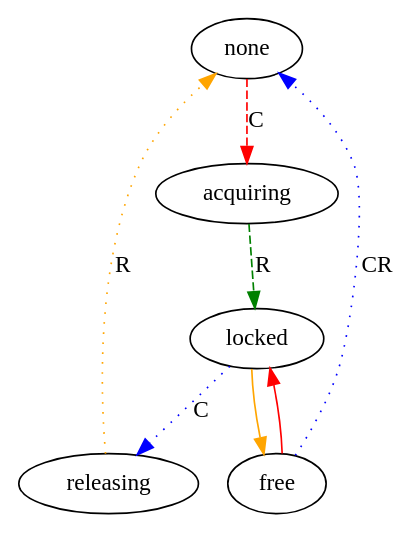
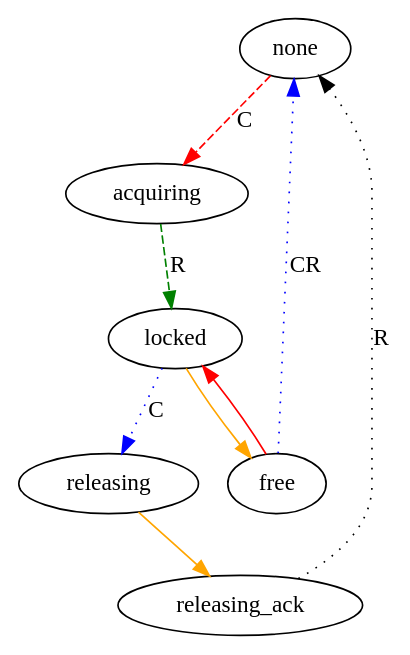
Before and after one commit to nforrester/6.824_labs: the diagram in lock_protocol_diagram.dot, drawn with Graphviz. The commit also changed 10 other files, not shown here.

```diff
--- a/lock_protocol_diagram.dot
+++ b/lock_protocol_diagram.dot
@@ -1,9 +1,10 @@
 digraph Client {
 	none -> acquiring [color=red, style=dashed, label="C"];
 	acquiring -> locked [color=green, style=dashed, label="R"];
 	locked -> releasing [color=blue, style=dotted, label="C"];
-	releasing -> none [color=orange, style=dotted, label="R"];
+	releasing -> releasing_ack [color=orange];
+	releasing_ack -> none [style=dotted, label="R"];
 	free -> none [color=blue, style=dotted, label="CR"];
 	locked -> free [color=orange];
 	free -> locked [color=red];
 }
```
